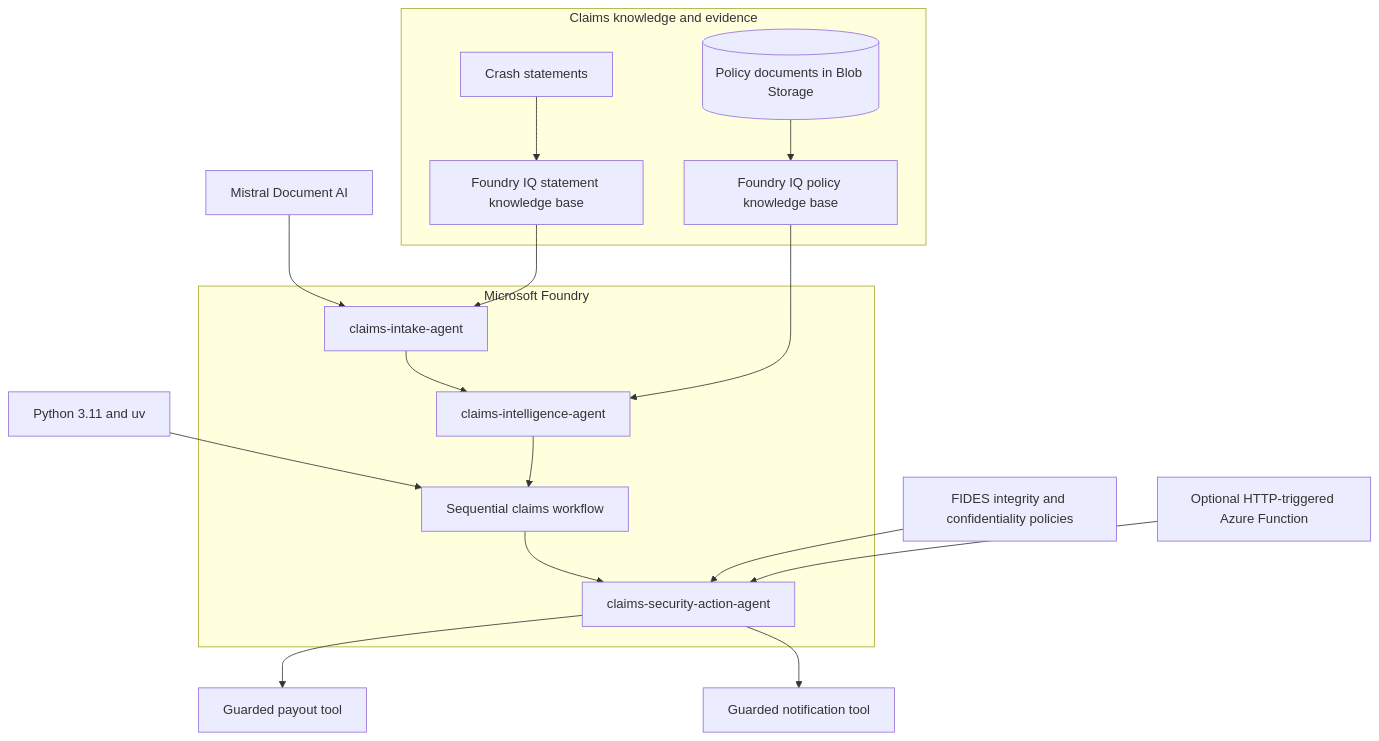
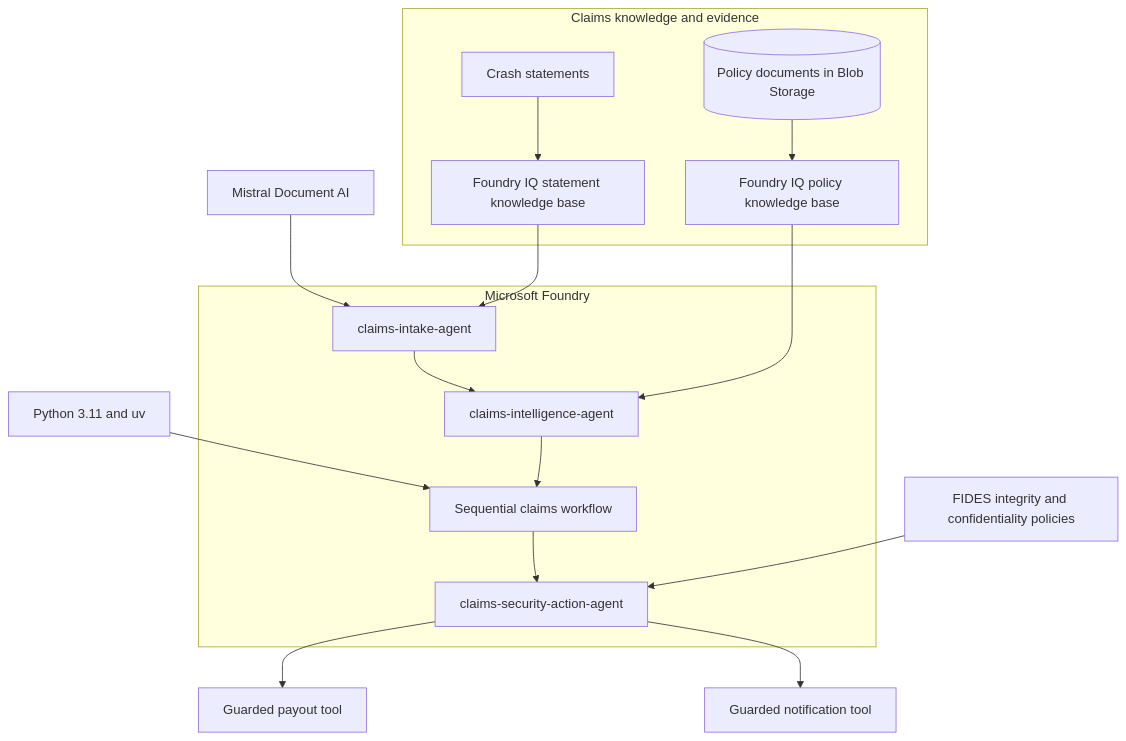
One commit to jamlab/claims-microhack changed the second of 2 diagrams in README.md. Above: the diagram before and after it, drawn with Mermaid. The commit also changed other lines of this file and 27 other files, not shown here.

````diff
--- a/README.md
+++ b/README.md
@@ -73,30 +70,29 @@
 ```mermaid
 flowchart TB
 		DEV[Python 3.11 and uv] --> ORCH
 
 		subgraph FOUNDRY[Microsoft Foundry]
 				INTAKE[claims-intake-agent]
 				INTELLIGENCE[claims-intelligence-agent]
 				SECURITY[claims-security-action-agent]
 				ORCH[Sequential claims workflow]
 				INTAKE --> INTELLIGENCE --> ORCH
 				ORCH --> SECURITY
 		end
 
 		subgraph DATA[Claims knowledge and evidence]
 				STATEMENTS[Crash statements]
 				STATEMENTIQ[Foundry IQ statement knowledge base]
 				POLICIES[(Policy documents in Blob Storage)]
 				POLICYIQ[Foundry IQ policy knowledge base]
 				STATEMENTS --> STATEMENTIQ
 				POLICIES --> POLICYIQ
 		end
 
 		OCR[Mistral Document AI] --> INTAKE
 		STATEMENTIQ --> INTAKE
 		POLICYIQ --> INTELLIGENCE
 		SECURITY --> PAYOUT[Guarded payout tool]
 		SECURITY --> NOTIFY[Guarded notification tool]
 		FIDES[FIDES integrity and confidentiality policies] --> SECURITY
-		API[Optional HTTP-triggered Azure Function] --> SECURITY
 ```
````
